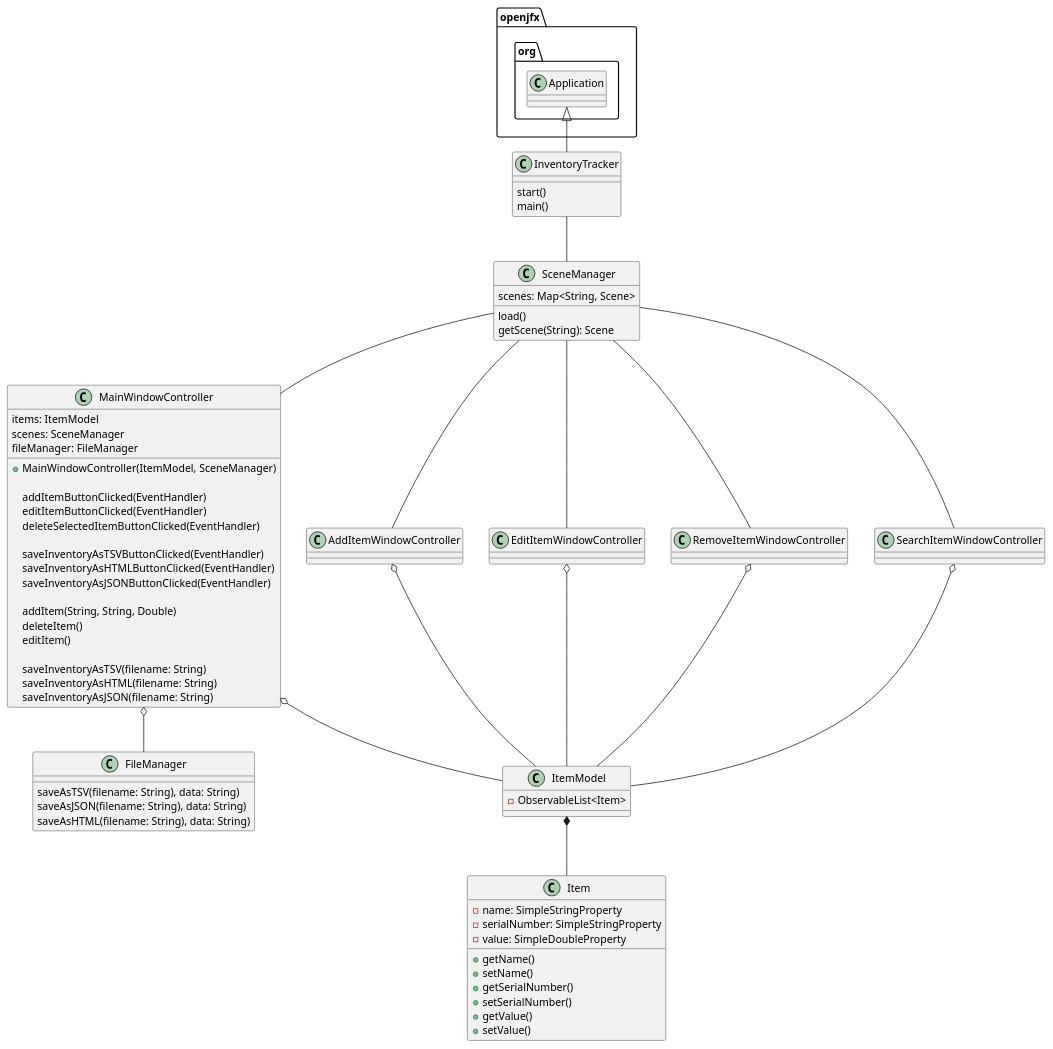
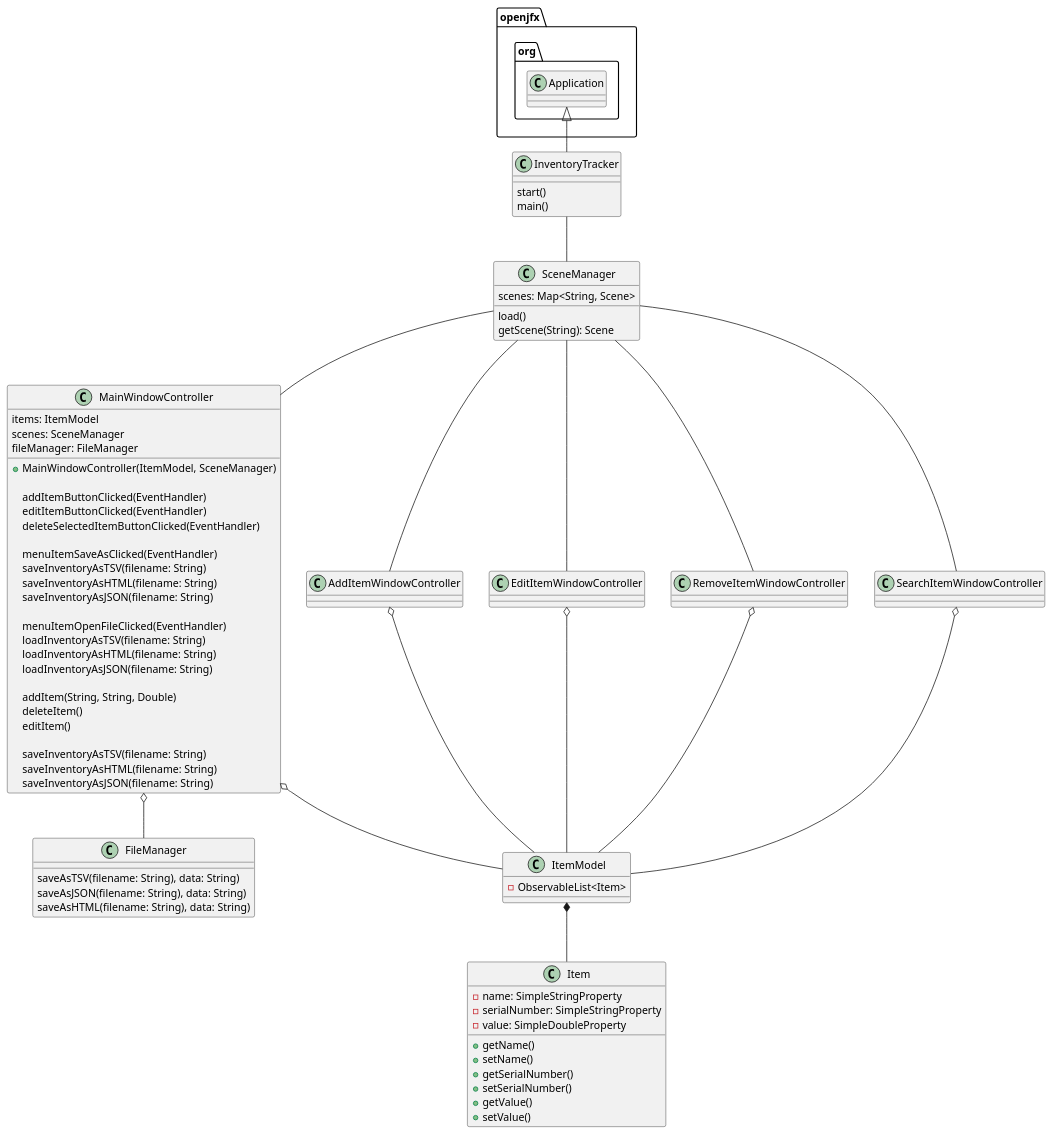
One commit to mredelis/COP3330-OOP-AS5-Summer21 changed the diagram in uml/as5.puml. Above: the diagram before and after it, drawn with PlantUML. The commit also changed 9 other files, not shown here.

Commit message:
Add save as html

```diff
--- a/uml/as5.puml
+++ b/uml/as5.puml
@@ -1,93 +1,99 @@
 @startuml
 
 class InventoryTracker {
     start()
     main()
 }
 
 class SceneManager {
     scenes: Map<String, Scene>
 
     load()
     getScene(String): Scene
 }
 
 class MainWindowController {
     items: ItemModel
     scenes: SceneManager
     fileManager: FileManager
 
     + MainWindowController(ItemModel, SceneManager)
 
     addItemButtonClicked(EventHandler)
     editItemButtonClicked(EventHandler)
     deleteSelectedItemButtonClicked(EventHandler)
 
-    saveInventoryAsTSVButtonClicked(EventHandler)
-    saveInventoryAsHTMLButtonClicked(EventHandler)
-    saveInventoryAsJSONButtonClicked(EventHandler)
+    menuItemSaveAsClicked(EventHandler)
+    saveInventoryAsTSV(filename: String)
+    saveInventoryAsHTML(filename: String)
+    saveInventoryAsJSON(filename: String)
+
+    menuItemOpenFileClicked(EventHandler)
+    loadInventoryAsTSV(filename: String)
+    loadInventoryAsHTML(filename: String)
+    loadInventoryAsJSON(filename: String)
 
     addItem(String, String, Double)
     deleteItem()
     editItem()
 
     saveInventoryAsTSV(filename: String)
     saveInventoryAsHTML(filename: String)
     saveInventoryAsJSON(filename: String)
 }
 
 class FileManager {
     saveAsTSV(filename: String), data: String)
     saveAsJSON(filename: String), data: String)
     saveAsHTML(filename: String), data: String)
 }
 
 class AddItemWindowController {
 }
 
 class EditItemWindowController {
 }
 
 class RemoveItemWindowController {
 }
 
 class SearchItemWindowController {
 }
 
 class ItemModel {
     - ObservableList<Item>
 
     /' ObservableList is not serializable
        Copying everything over a normal list
        Use Gson on that normal list '/
 }
 
 class Item {
     - name: SimpleStringProperty
     - serialNumber: SimpleStringProperty
     - value: SimpleDoubleProperty
 
     + getName()
     + setName()
     + getSerialNumber()
     + setSerialNumber()
     + getValue()
     + setValue()
 }
 
 openjfx.org.Application <|-- InventoryTracker
 InventoryTracker -- SceneManager
 SceneManager -- MainWindowController
 SceneManager -- AddItemWindowController
 SceneManager -- EditItemWindowController
 SceneManager -- RemoveItemWindowController
 SceneManager -- SearchItemWindowController
 MainWindowController o-- ItemModel
 AddItemWindowController o-- ItemModel
 EditItemWindowController o-- ItemModel
 RemoveItemWindowController o-- ItemModel
 SearchItemWindowController o-- ItemModel
 ItemModel *-- Item
 MainWindowController o-- FileManager
 
 @enduml
```
